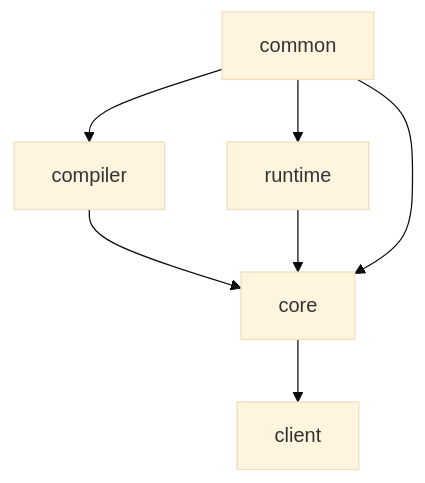
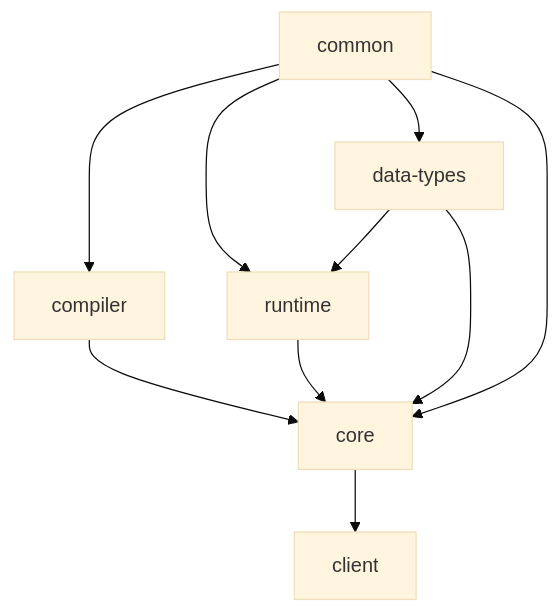
Before and after one commit to nebulastream/nebulastream: the diagram in README.md, drawn with Mermaid (base theme). The commit also changed other lines of this file and 2 other files, not shown here.

````diff
--- a/README.md
+++ b/README.md
@@ -35,9 +36,12 @@
 ```mermaid
 graph TD;
   common-->compiler;
   common-->runtime;
+  common-->data-types;
   compiler-->core;
+  data-types-->runtime;
+  data-types-->core;
   runtime-->core;
   common-->core;
   core-->client;
 ```
````
